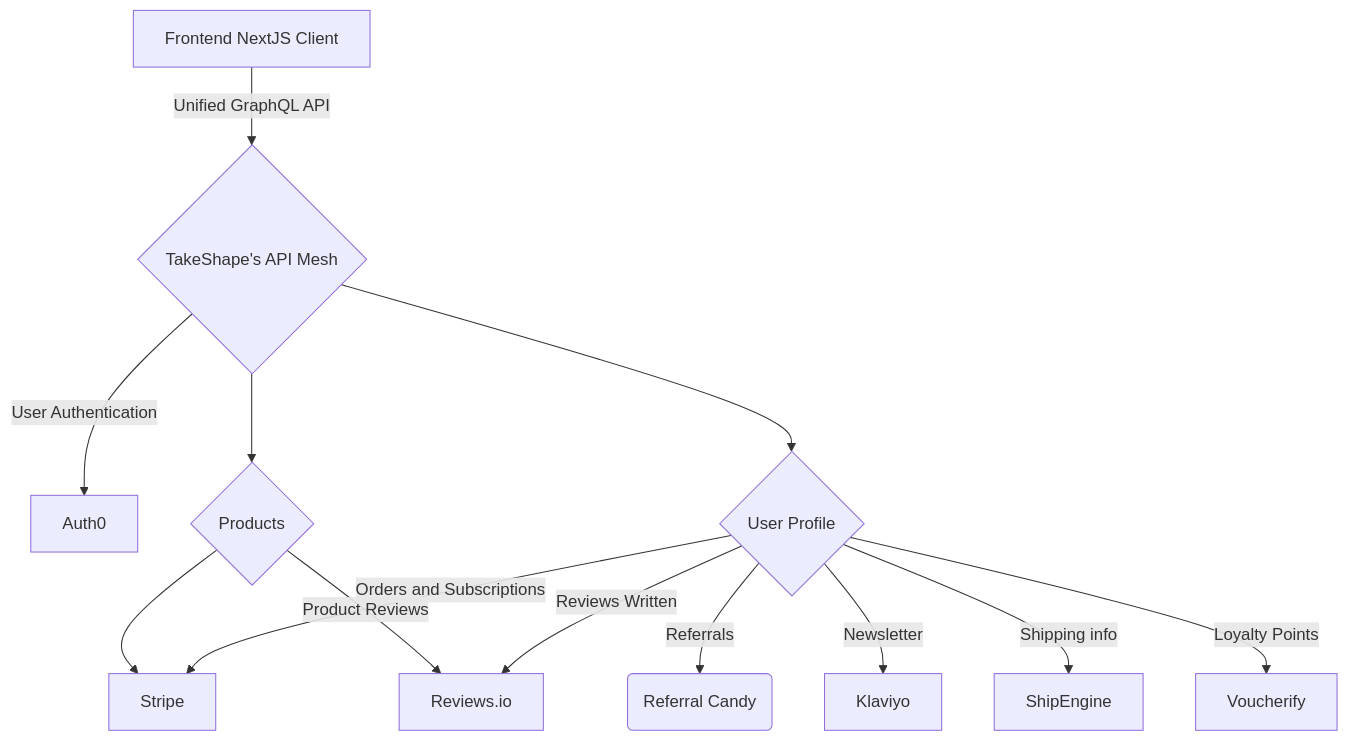
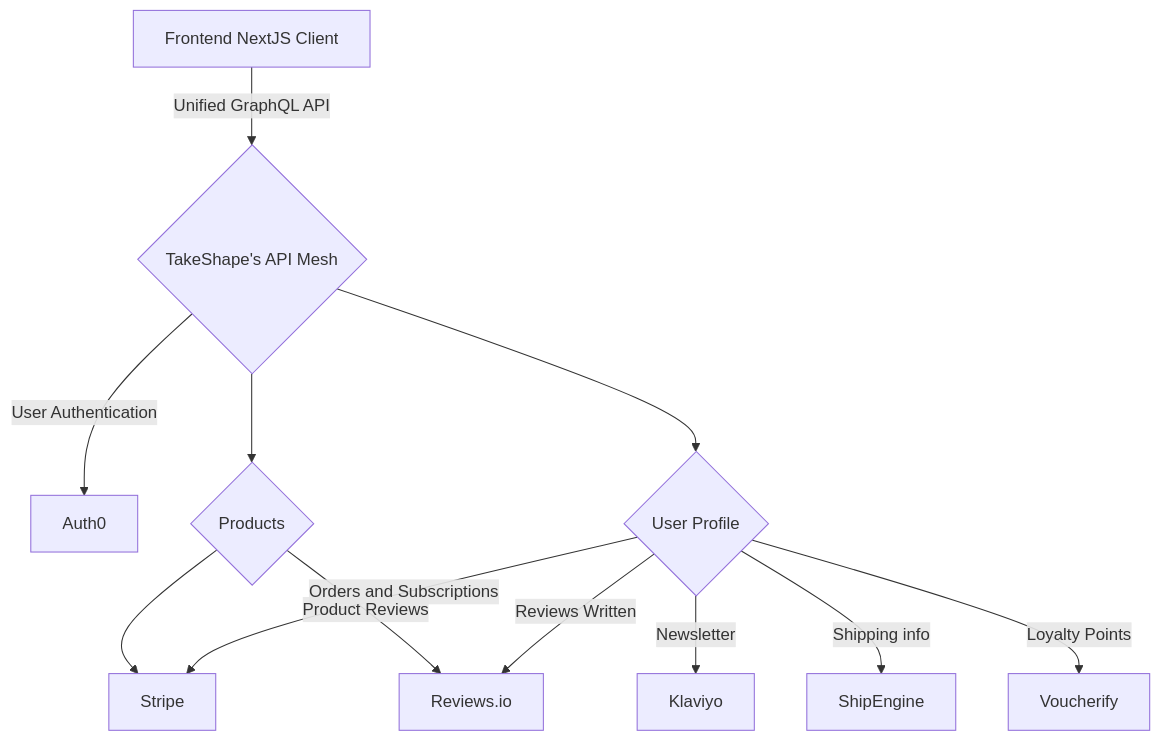
One commit to takeshape/takeshape-starter-ecommerce-kitchen-sink changed the diagram in README.md. Above: the diagram before and after it, drawn with Mermaid. The commit also changed other lines of this file, not shown here.

Commit message:
Dropped referral candy everywhere in the readme

````diff
--- a/README.md
+++ b/README.md
@@ -18,15 +17,14 @@
 ```mermaid
 graph TD
     A[Frontend NextJS Client] --> |Unified GraphQL API| Mesh{TakeShape's API Mesh}
     Mesh --> |User Authentication| Auth0
     Mesh --> P{Products} 
     P --> Stripe
     Mesh --> UP{User Profile}
-    UP --> |Referrals| RC(Referral Candy)
     UP --> |Orders and Subscriptions| Stripe
     UP --> |Newsletter| Klaviyo
     P --> |Product Reviews| Reviews.io
     UP --> |Reviews Written| Reviews.io
     UP --> |Shipping info| ShipEngine
     UP --> |Loyalty Points| Voucherify
 ```
````
